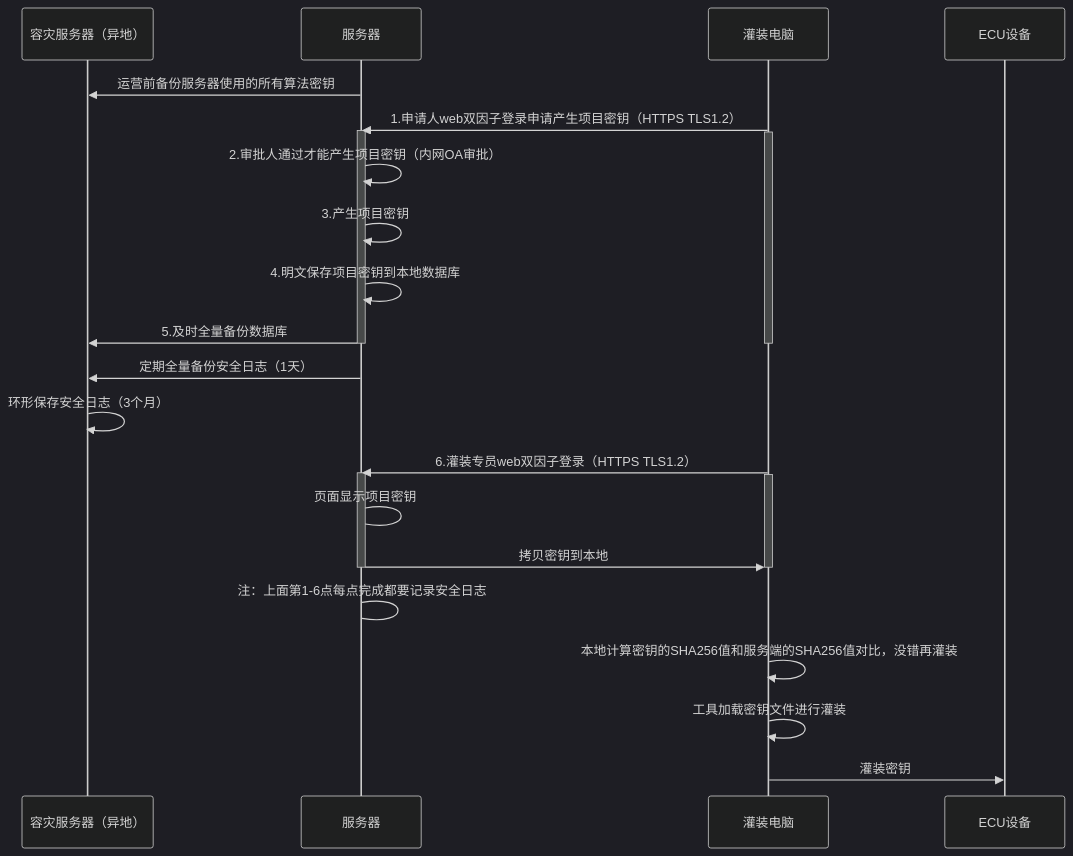
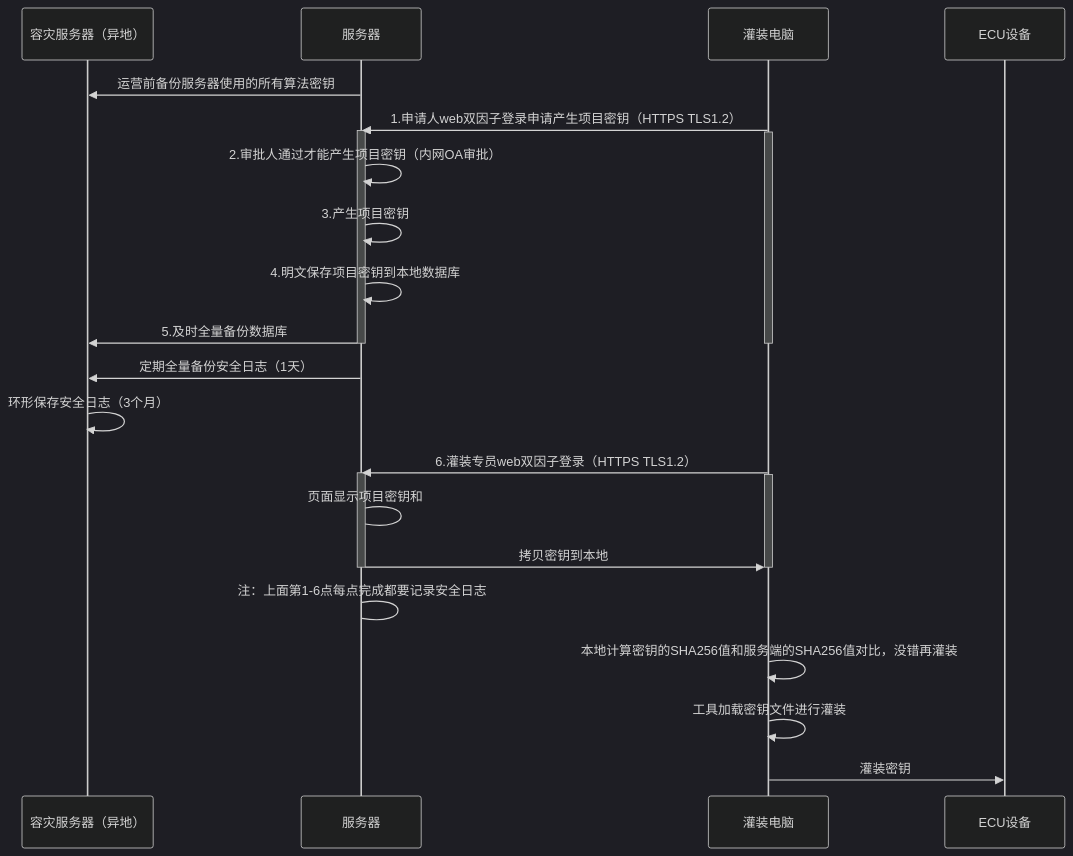
One commit to facebook-cloud/iodraw-files changed the diagram in all/未命名-20.md. Above: the diagram before and after it, drawn with Mermaid (dark theme).

Commit message:
2026-03-28 09:37:52 update

````diff
--- a/all/未命名-20.md
+++ b/all/未命名-20.md
@@ -1,36 +1,36 @@
 ```mermaid
 sequenceDiagram
     participant A as 容灾服务器（异地）
     participant B as 服务器
     participant D as 灌装电脑
     participant E as ECU设备
 
     B->>A: 运营前备份服务器使用的所有算法密钥
     D->>B: 1.申请人web双因子登录申请产生项目密钥（HTTPS TLS1.2）
     activate B
     activate D
     B->>B: 2.审批人通过才能产生项目密钥（内网OA审批）
     B->>B: 3.产生项目密钥
     B->>B: 4.明文保存项目密钥到本地数据库
     B->>A: 5.及时全量备份数据库
 
     deactivate B
     deactivate D
 
     B->>A: 定期全量备份安全日志（1天）
     A->>A: 环形保存安全日志（3个月）
     
     D->>B: 6.灌装专员web双因子登录（HTTPS TLS1.2）
     activate B
     activate D
-    B->B: 页面显示项目密钥
+    B->B: 页面显示项目密钥和
     B->>D: 拷贝密钥到本地
     deactivate B
     deactivate D
     B->B: 注：上面第1-6点每点完成都要记录安全日志
 
     D->>D:本地计算密钥的SHA256值和服务端的SHA256值对比，没错再灌装
     D->>D:工具加载密钥文件进行灌装
     
     D->>E: 灌装密钥
 ```
````
